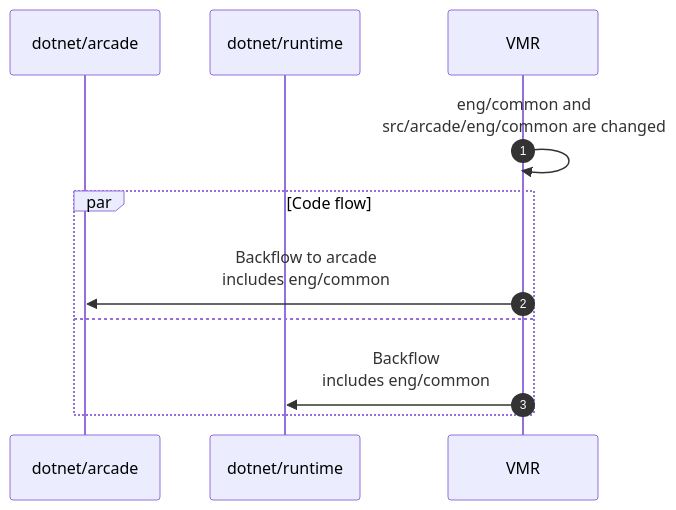
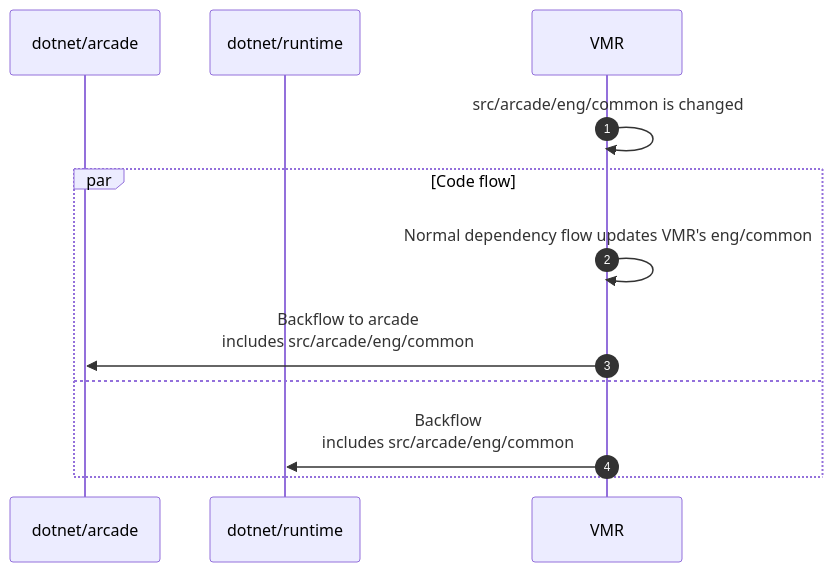
One commit to dotnet/arcade changed the fifth of 5 diagrams in Documentation/UnifiedBuild/VMR-Full-Code-Flow.md. Above: the diagram before and after it, drawn with Mermaid. The commit also changed other lines of this file, not shown here.

````diff
--- a/Documentation/UnifiedBuild/VMR-Full-Code-Flow.md
+++ b/Documentation/UnifiedBuild/VMR-Full-Code-Flow.md
@@ -510,16 +512,17 @@
 ```mermaid
 sequenceDiagram
     autonumber
 
     participant arcade as dotnet/arcade
     participant runtime as dotnet/runtime
     participant VMR as VMR
 
-    VMR->>VMR: eng/common and<br>src/arcade/eng/common are changed
+    VMR->>VMR: src/arcade/eng/common is changed
 
     par Code flow
-    VMR->>arcade: Backflow to arcade<br>includes eng/common
+    VMR->>VMR: Normal dependency flow updates VMR's eng/common
+    VMR->>arcade: Backflow to arcade<br>includes src/arcade/eng/common
     and
-    VMR->>runtime: Backflow<br>includes eng/common
+    VMR->>runtime: Backflow<br>includes src/arcade/eng/common
     end
 ```
````
